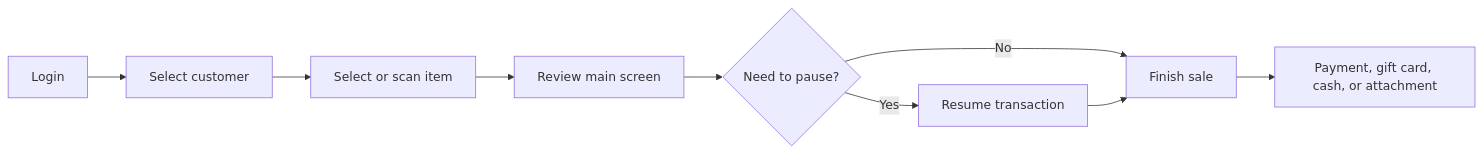
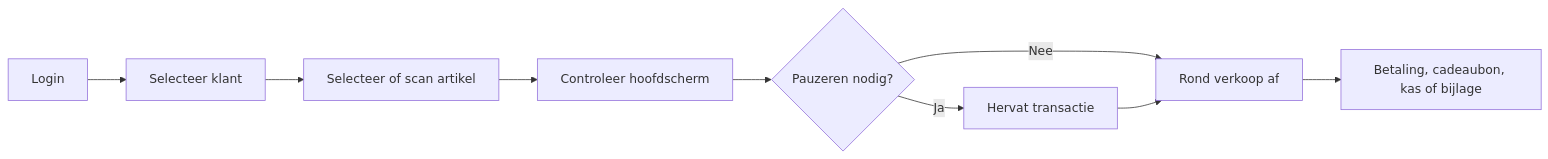
The diagram in retail-commerce/workflows/aiden-pos-operations.md (gitbook-demo-sites/aiden-demo-site-20260625), drawn with Mermaid before and after one commit. The commit also changed other lines of this file and 32 other files, not shown here.

````diff
--- a/retail-commerce/workflows/aiden-pos-operations.md
+++ b/retail-commerce/workflows/aiden-pos-operations.md
@@ -12,11 +12,11 @@
 ```mermaid
 flowchart LR
-    Login[Login] --> Customer[Select customer]
-    Customer --> Item[Select or scan item]
-    Item --> Review[Review main screen]
-    Review --> Pause{Need to pause?}
-    Pause -- Yes --> Resume[Resume transaction]
-    Pause -- No --> Finish[Finish sale]
+    Login[Login] --> Customer[Selecteer klant]
+    Customer --> Item[Selecteer of scan artikel]
+    Item --> Review[Controleer hoofdscherm]
+    Review --> Pause{Pauzeren nodig?}
+    Pause -- Ja --> Resume[Hervat transactie]
+    Pause -- Nee --> Finish[Rond verkoop af]
     Resume --> Finish
-    Finish --> Payment[Payment, gift card, cash, or attachment]
+    Finish --> Payment[Betaling, cadeaubon, kas of bijlage]
 ```
````
